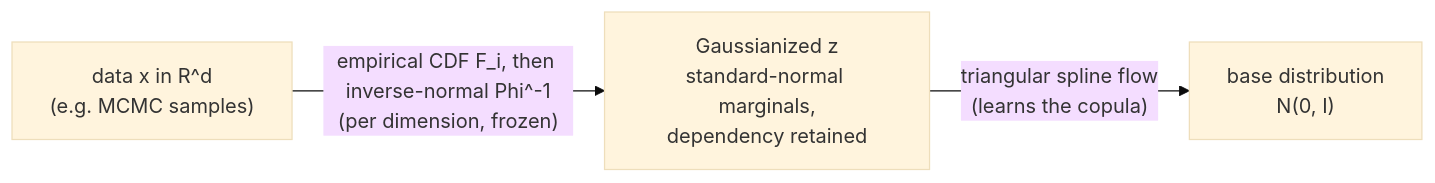
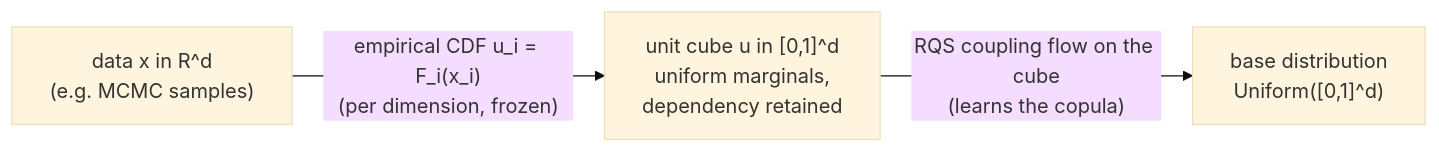
One commit to AaronDJohnson/coppuccino changed the diagram in README.md. Above: the diagram before and after it, drawn with Mermaid (base theme). The commit also changed other lines of this file and 5 other files, not shown here.

````diff
--- a/README.md
+++ b/README.md
@@ -51,8 +51,8 @@
 ```mermaid
 flowchart LR
   X["data x in R^d<br/>(e.g. MCMC samples)"]
-  Z["Gaussianized z<br/>standard-normal marginals,<br/>dependency retained"]
-  E["base distribution<br/>N(0, I)"]
-  X -->|"empirical CDF F_i, then inverse-normal Phi^-1<br/>(per dimension, frozen)"| Z
-  Z -->|"triangular spline flow<br/>(learns the copula)"| E
+  U["unit cube u in [0,1]^d<br/>uniform marginals,<br/>dependency retained"]
+  E["base distribution<br/>Uniform([0,1]^d)"]
+  X -->|"empirical CDF u_i = F_i(x_i)<br/>(per dimension, frozen)"| U
+  U -->|"RQS coupling flow on the cube<br/>(learns the copula)"| E
 ```
````
